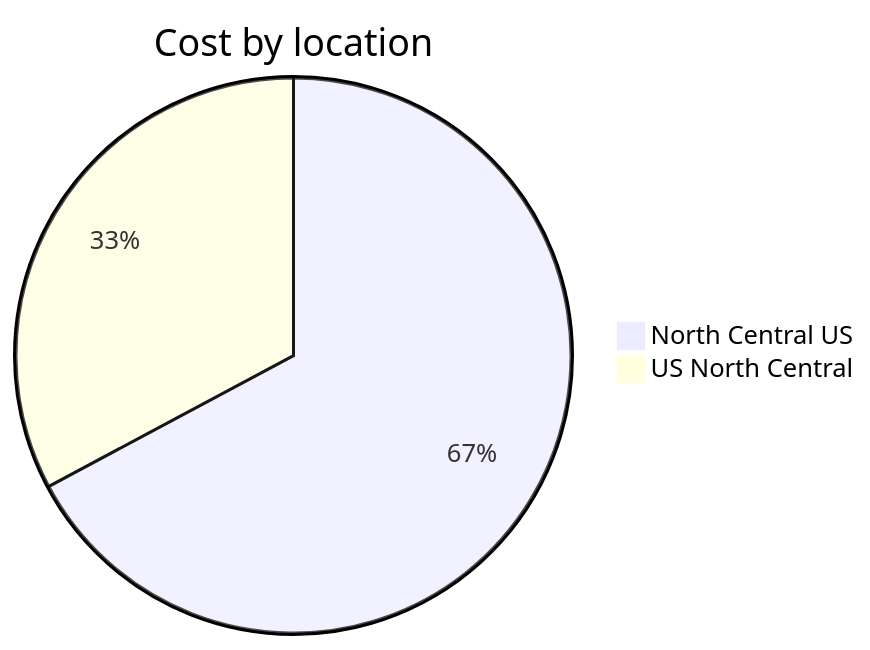
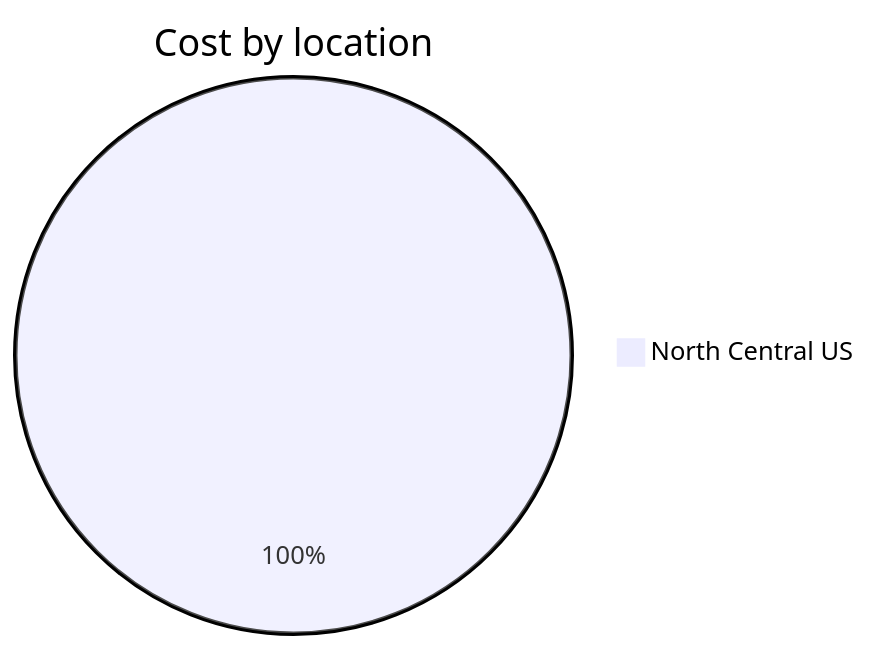
One commit to jpfulton/azure-personal-reports changed the third of 4 diagrams in cost-reports/personal-network/backup-server-public-ip.md. Above: the diagram before and after it, drawn with Mermaid. The commit also changed other lines of this file and 8 other files, not shown here.

````diff
--- a/cost-reports/personal-network/backup-server-public-ip.md
+++ b/cost-reports/personal-network/backup-server-public-ip.md
@@ -108,6 +107,5 @@
 ```mermaid
 pie
    title Cost by location
-   "North Central US" : 2.17
-   "US North Central" : 1.06
+   "North Central US" : 3.34
 ```
````
